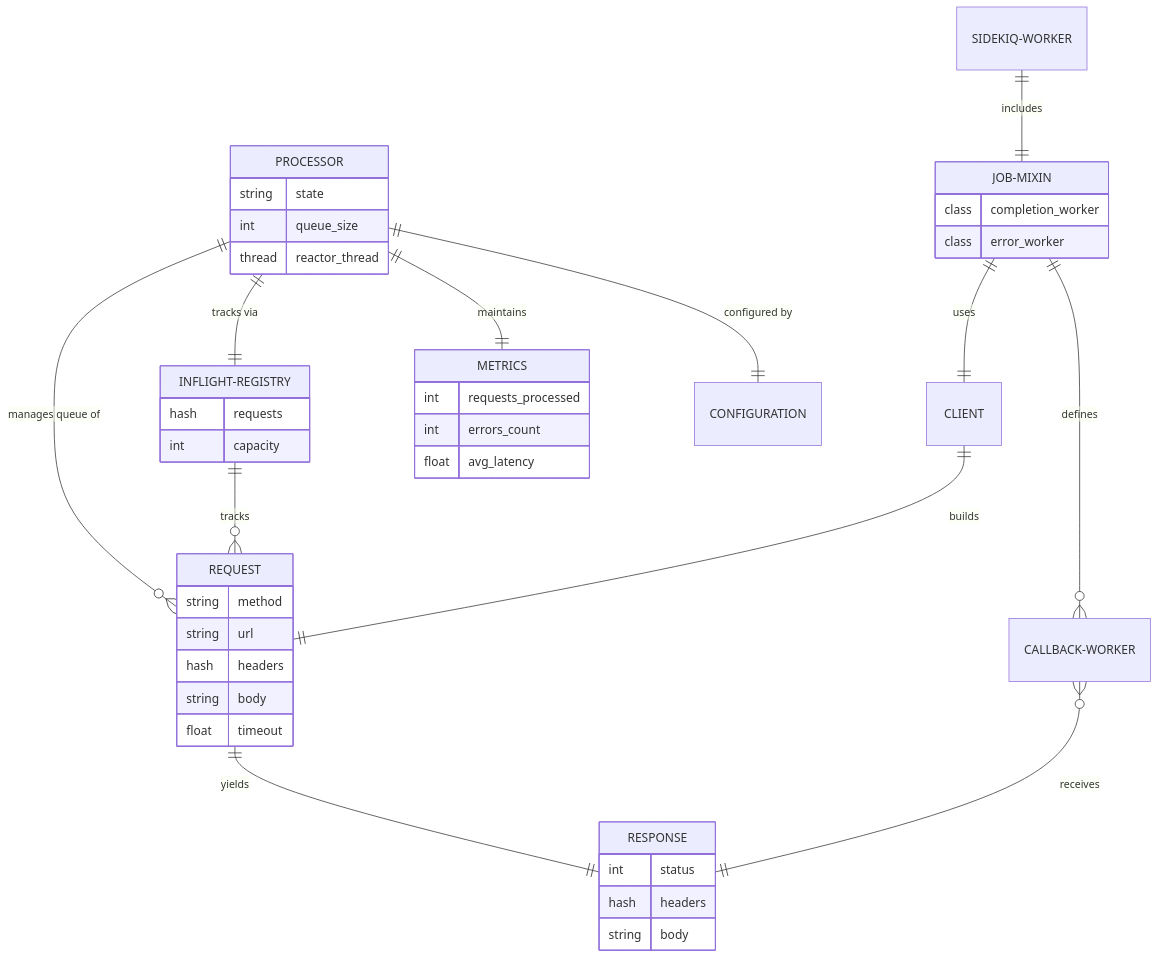
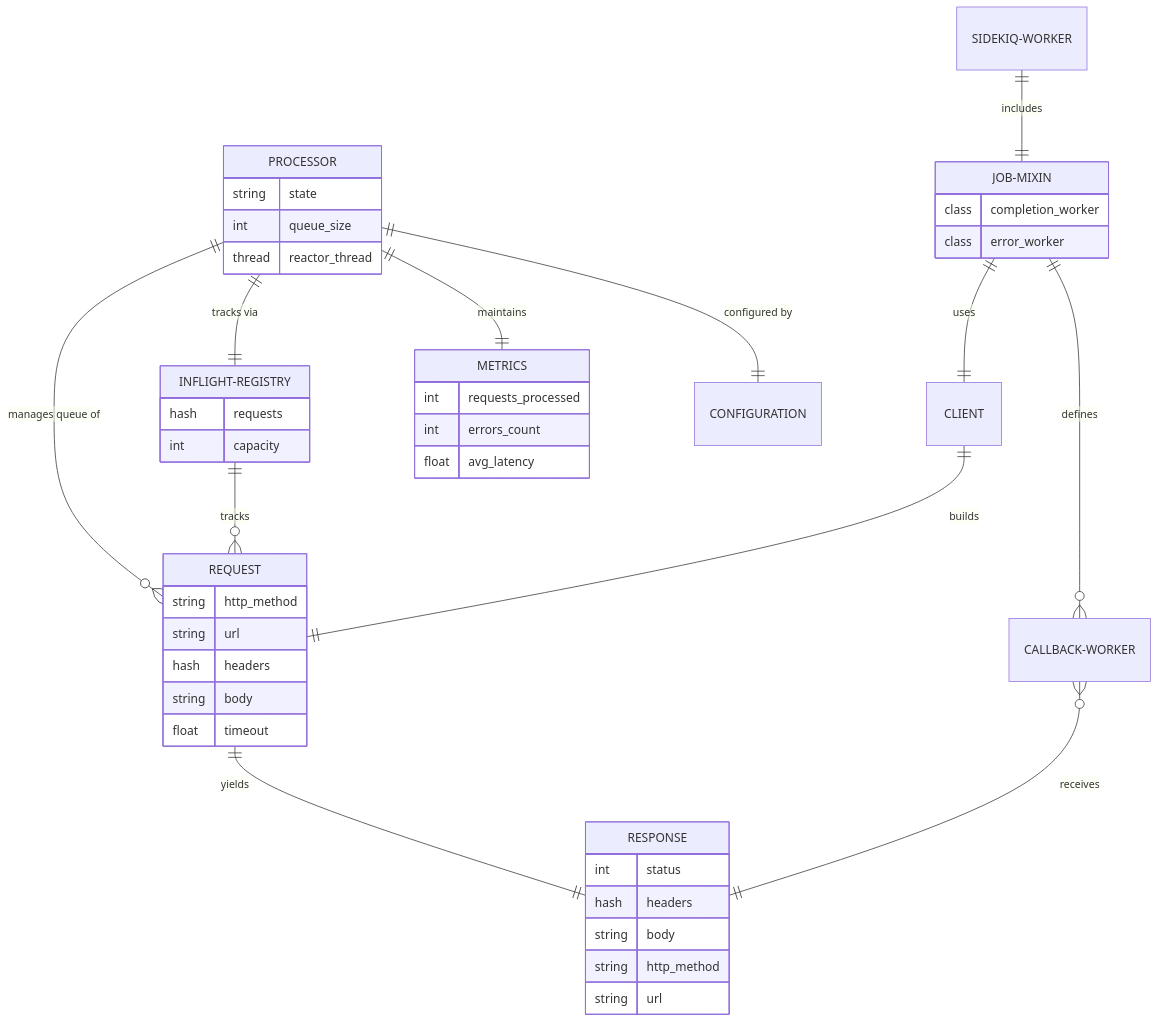
Before and after one commit to bdurand/sidekiq-async_http: the second of 2 diagrams in ARCHITECTURE.md, drawn with Mermaid. The commit also changed 30 other files, not shown here.

````diff
--- a/ARCHITECTURE.md
+++ b/ARCHITECTURE.md
@@ -75,54 +75,56 @@
 ```mermaid
 erDiagram
     PROCESSOR ||--o{ REQUEST : "manages queue of"
     PROCESSOR ||--|| INFLIGHT-REGISTRY : "tracks via"
     PROCESSOR ||--|| METRICS : "maintains"
     PROCESSOR ||--|| CONFIGURATION : "configured by"
 
     JOB-MIXIN ||--|| CLIENT : "uses"
     JOB-MIXIN ||--o{ CALLBACK-WORKER : "defines"
 
     CLIENT ||--|| REQUEST : "builds"
     REQUEST ||--|| RESPONSE : "yields"
 
     INFLIGHT-REGISTRY ||--o{ REQUEST : "tracks"
     CALLBACK-WORKER }o--|| RESPONSE : "receives"
 
     SIDEKIQ-WORKER ||--|| JOB-MIXIN : "includes"
 
     PROCESSOR {
         string state
         int queue_size
         thread reactor_thread
     }
 
     REQUEST {
-        string method
+        string http_method
         string url
         hash headers
         string body
         float timeout
     }
 
     RESPONSE {
         int status
         hash headers
         string body
+        string http_method
+        string url
     }
 
     JOB-MIXIN {
         class completion_worker
         class error_worker
     }
 
     INFLIGHT-REGISTRY {
         hash requests
         int capacity
     }
 
     METRICS {
         int requests_processed
         int errors_count
         float avg_latency
     }
 ```
````
